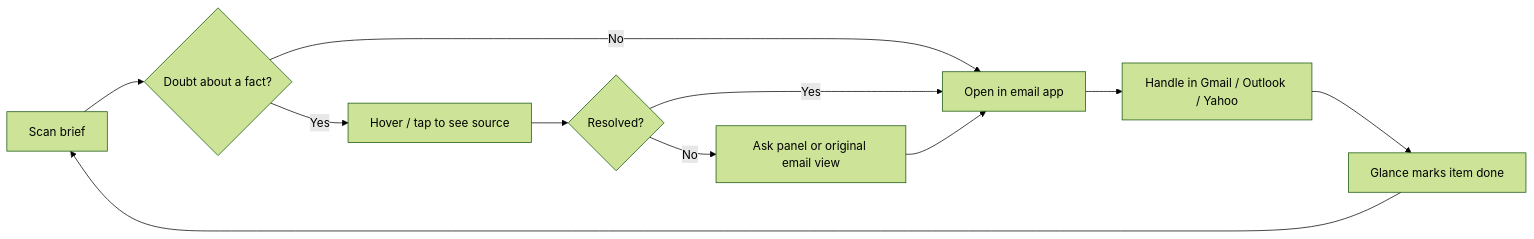
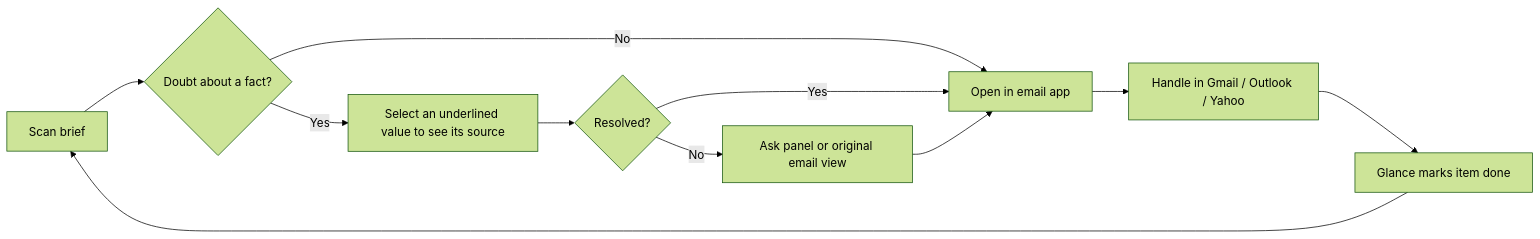
The seventh of 7 diagrams in docs/product-brief.md (shuhaoshang/glance-mail), drawn with Mermaid (forest theme) before and after one commit. The commit also changed other lines of this file and 97 other files, not shown here.

````diff
--- a/docs/product-brief.md
+++ b/docs/product-brief.md
@@ -357,13 +392,13 @@
 ```mermaid
 flowchart LR
   A["Scan brief"] --> B{"Doubt about a fact?"}
   B -- "No" --> E["Open in email app"]
-  B -- "Yes" --> C["Hover / tap to see source"]
+  B -- "Yes" --> C["Select an underlined value to see its source"]
   C --> D{"Resolved?"}
   D -- "Yes" --> E
   D -- "No" --> F["Ask panel or original email view"]
   F --> E
   E --> G["Handle in Gmail / Outlook / Yahoo"]
   G --> H["Glance marks item done"]
   H --> A
 ```
````
